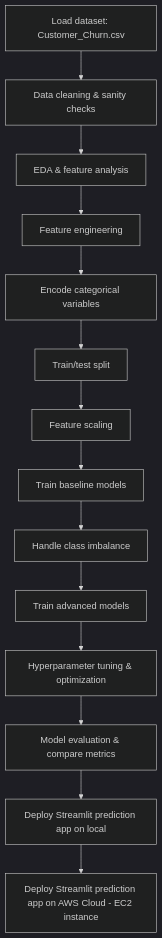
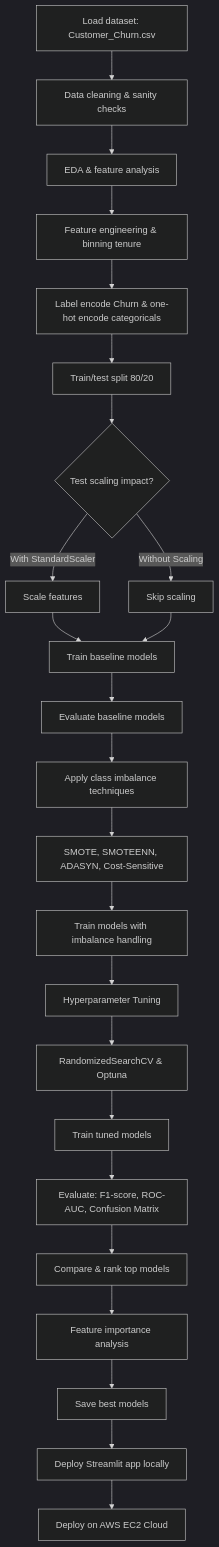
The diagram in README.md (Sambit2424/Telecom_Customer_Churn_Prediction), drawn with Mermaid (dark theme) before and after one commit. The commit also changed other lines of this file and 5 other files, not shown here.

````diff
--- a/README.md
+++ b/README.md
@@ -25,16 +28,26 @@
 ```mermaid
 flowchart TD
     A[Load dataset: Customer_Churn.csv] --> B[Data cleaning & sanity checks]
     B --> C[EDA & feature analysis]
-    C --> D[Feature engineering]
-    D --> E[Encode categorical variables]
-    E --> F[Train/test split]
-    F --> G[Feature scaling]
-    G --> H[Train baseline models]
-    H --> I[Handle class imbalance]
-    I --> J[Train advanced models]
-    J --> K[Hyperparameter tuning & optimization]
-    K --> L[Model evaluation & compare metrics]
-    L --> M[Deploy Streamlit prediction app on local]
-    M --> N[Deploy Streamlit prediction app on AWS Cloud - EC2 instance]
+    C --> D[Feature engineering & binning tenure]
+    D --> E[Label encode Churn & one-hot encode categoricals]
+    E --> F[Train/test split 80/20]
+    F --> G{Test scaling impact?}
+    G -->|With StandardScaler| H[Scale features]
+    G -->|Without Scaling| I[Skip scaling]
+    H --> J[Train baseline models]
+    I --> J
+    J --> K[Evaluate baseline models]
+    K --> L[Apply class imbalance techniques]
+    L --> M[SMOTE, SMOTEENN, ADASYN, Cost-Sensitive]
+    M --> N[Train models with imbalance handling]
+    N --> O[Hyperparameter Tuning]
+    O --> P[RandomizedSearchCV & Optuna]
+    P --> Q[Train tuned models]
+    Q --> R[Evaluate: F1-score, ROC-AUC, Confusion Matrix]
+    R --> S[Compare & rank top models]
+    S --> T[Feature importance analysis]
+    T --> U[Save best models]
+    U --> V[Deploy Streamlit app locally]
+    V --> W[Deploy on AWS EC2 Cloud]
 ```
````
